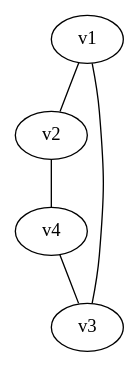
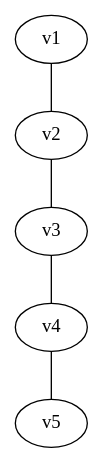
The diagram in shiny_animation/W3D.dot (compTAG/pht-viz), drawn with Graphviz before and after one commit. The commit also changed 3 other files, not shown here.

```diff
--- a/shiny_animation/W3D.dot
+++ b/shiny_animation/W3D.dot
@@ -1,10 +1,11 @@
 graph {
-v1 [pos = "0,0,0"]
-v2 [pos = "1,0,0"]
-v3 [pos = "0,1,0"]
-v4 [pos = "1,1,0"]
+v1 [pos = "1,2,0"]
+v2 [pos = "2,0,0"]
+v3 [pos = "3,2,1"]
+v4 [pos = "4,0,1"]
+v5 [pos = "5,2,1"]
 v1 -- v2
-v2 -- v4
-v4 -- v3
-v3 -- v1
+v2 -- v3
+v3 -- v4
+v4 -- v5
 }
```
